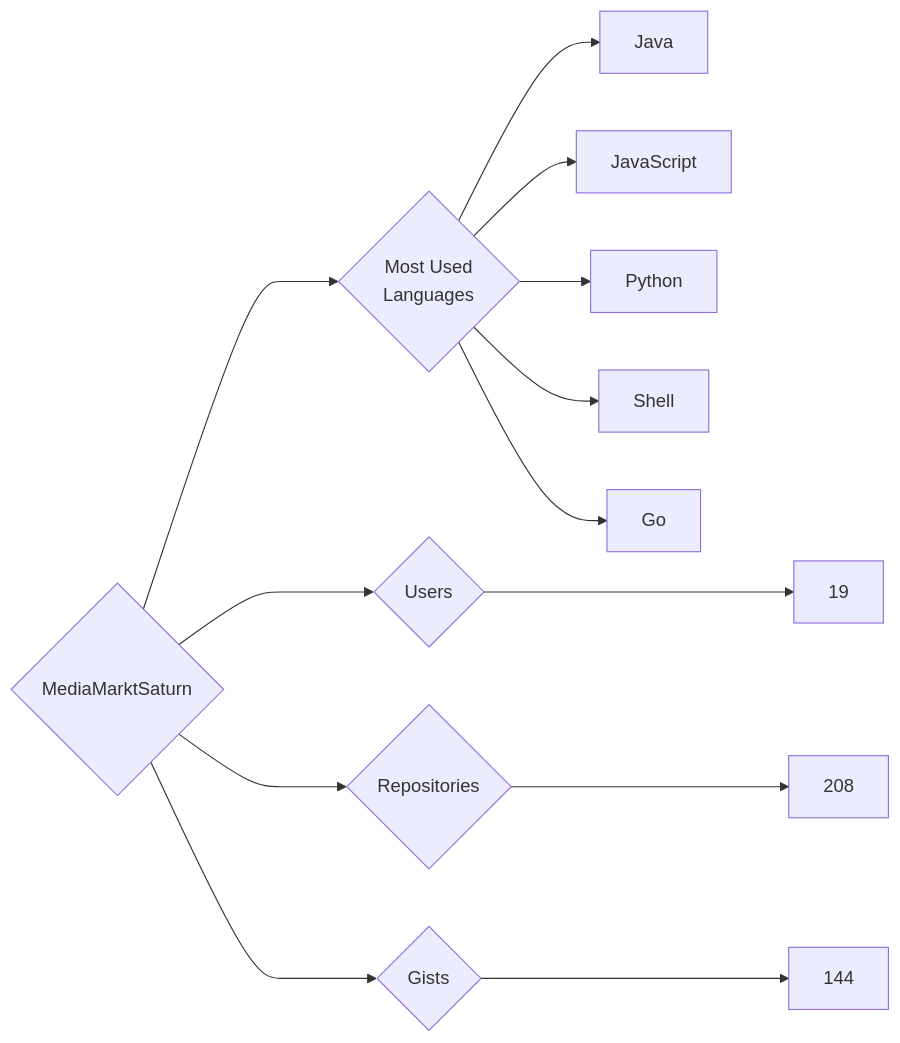
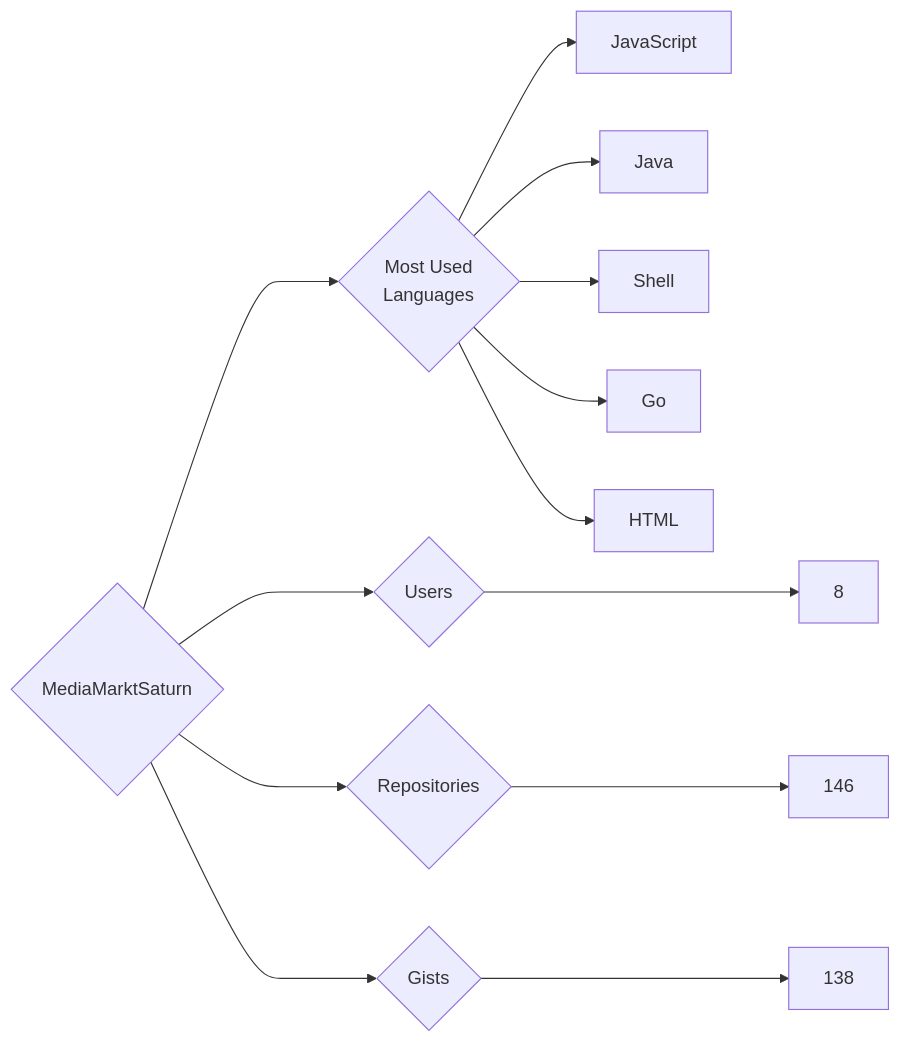
Before and after one commit to trickest/insiders: the diagram in targets/MediaMarktSaturn/README.md, drawn with Mermaid. The commit also changed 895 other files, not shown here.

````diff
--- a/targets/MediaMarktSaturn/README.md
+++ b/targets/MediaMarktSaturn/README.md
@@ -3,13 +3,13 @@
 ```mermaid
 graph LR
 COMPANY_NAME{MediaMarktSaturn}
-COMPANY_NAME ---> U{Users} ---> UN[19]
-COMPANY_NAME ---> R{Repositories} ---> RN[208]
-COMPANY_NAME ---> G{Gists} ---> GN[144]
+COMPANY_NAME ---> U{Users} ---> UN[8]
+COMPANY_NAME ---> R{Repositories} ---> RN[146]
+COMPANY_NAME ---> G{Gists} ---> GN[138]
 COMPANY_NAME ---> ML{Most Used<br>Languages}
+ML --> JavaScript[JavaScript]
 ML --> Java[Java]
-ML --> JavaScript[JavaScript]
-ML --> Python[Python]
 ML --> Shell[Shell]
 ML --> Go[Go]
+ML --> HTML[HTML]
 ```
````
